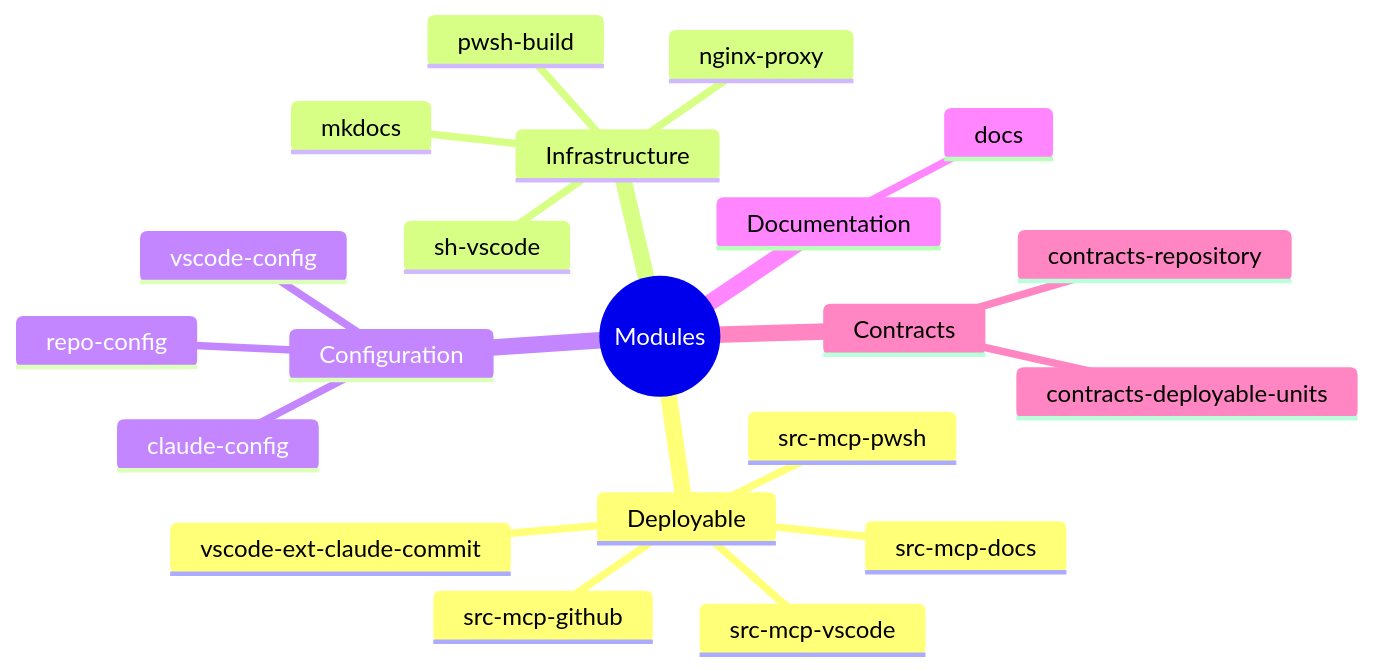
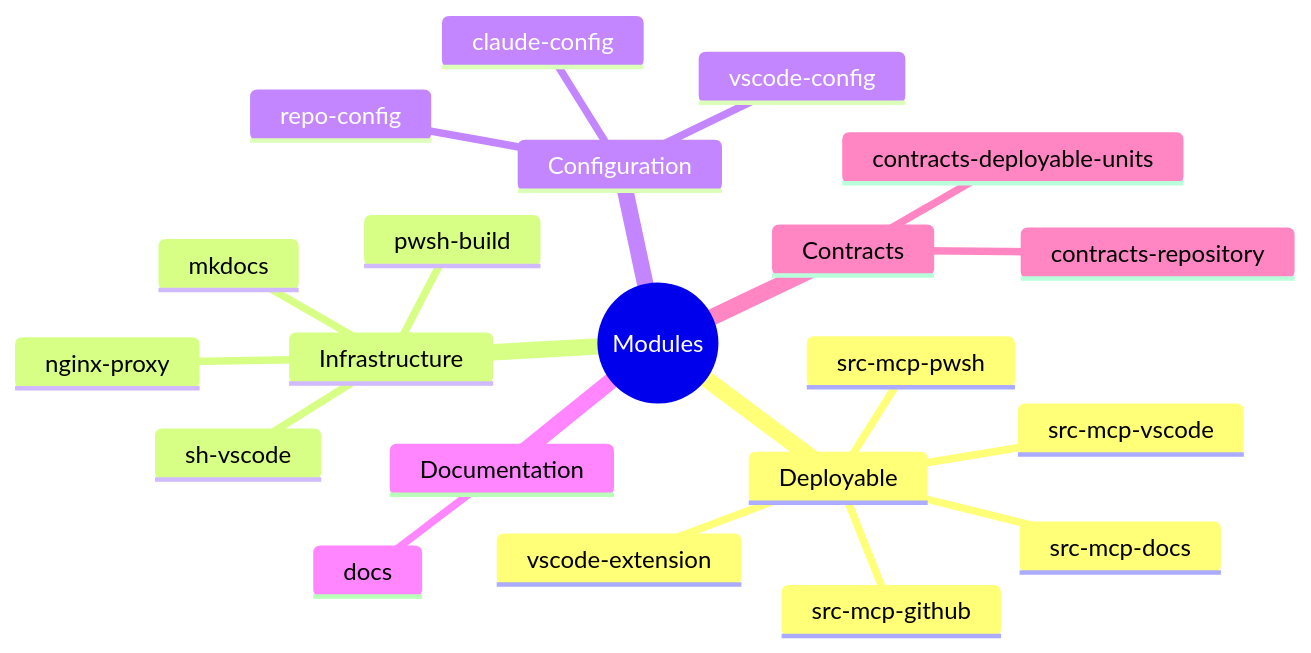
The eighth of 13 diagrams in docs/guide/module-detection.md (ready-to-release/eac), drawn with Mermaid before and after one commit. The commit also changed other lines of this file and 29 other files, not shown here.

````diff
--- a/docs/guide/module-detection.md
+++ b/docs/guide/module-detection.md
@@ -252,24 +252,24 @@
 ```mermaid
 mindmap
   root((Modules))
     Deployable
       src-mcp-pwsh
       src-mcp-docs
       src-mcp-github
       src-mcp-vscode
-      vscode-ext-claude-commit
+      vscode-extension
     Infrastructure
       sh-vscode
       pwsh-build
       mkdocs
       nginx-proxy
     Configuration
       claude-config
       vscode-config
       repo-config
     Documentation
       docs
     Contracts
       contracts-repository
       contracts-deployable-units
 ```
````
